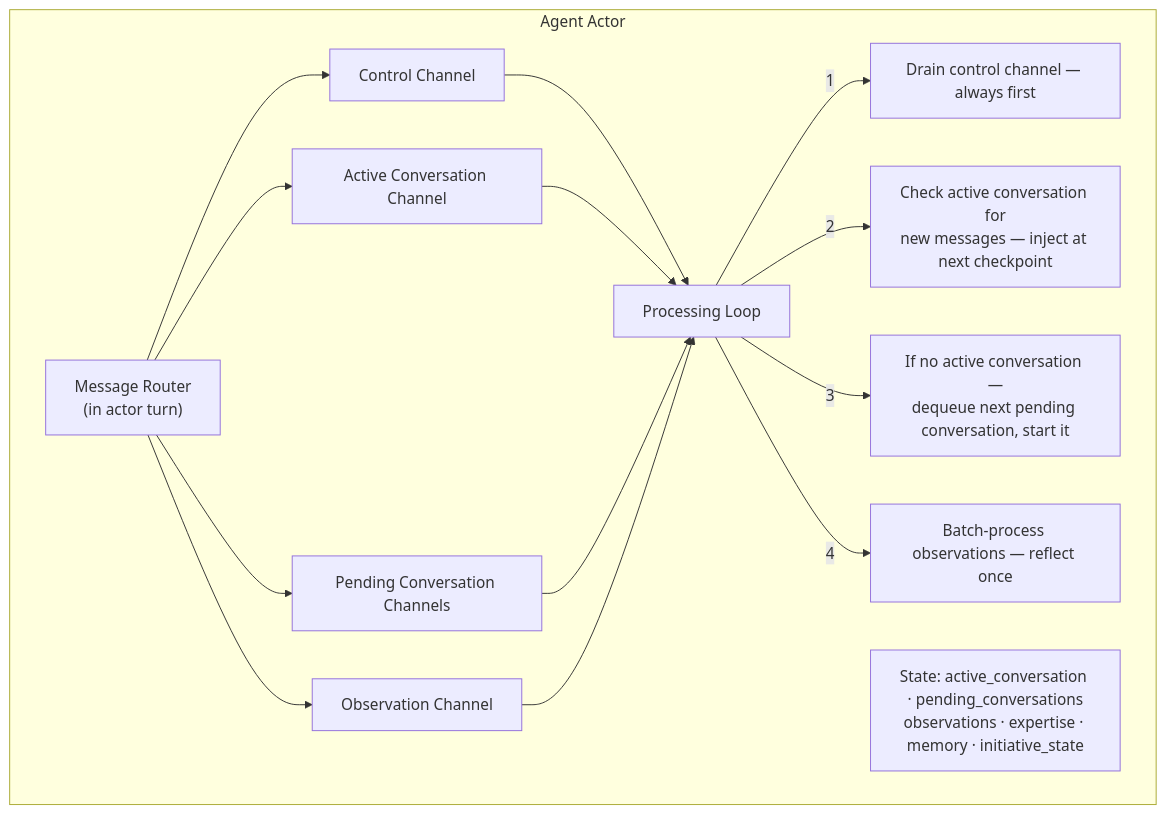
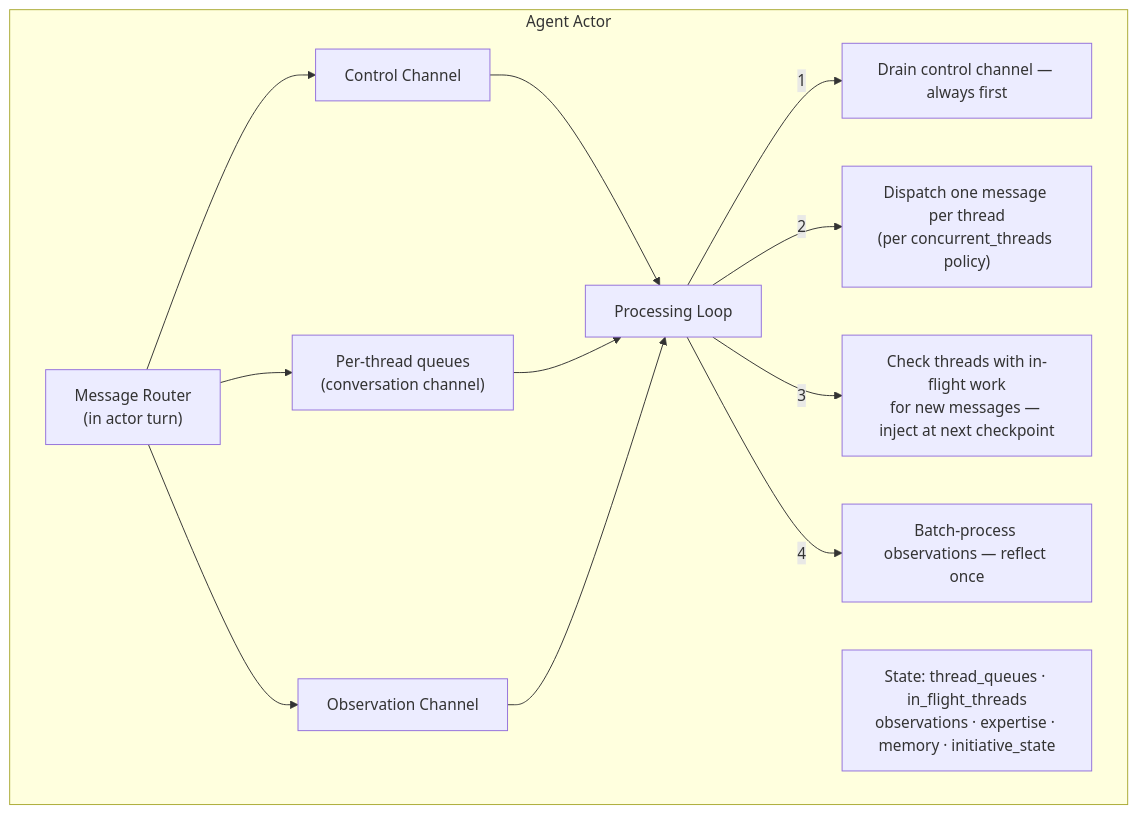
Before and after one commit to savasp/spring-voyage: the third of 5 diagrams in docs/architecture/messaging.md, drawn with Mermaid. The commit also changed other lines of this file and 3 other files, not shown here.

````diff
--- a/docs/architecture/messaging.md
+++ b/docs/architecture/messaging.md
@@ -48,19 +56,17 @@
 ```mermaid
 graph TD
     subgraph actor["Agent Actor"]
         router["Message Router<br/>(in actor turn)"]
         router --> cq["Control Channel"]
-        router --> active["Active Conversation Channel"]
-        router --> pending["Pending Conversation Channels"]
+        router --> threads["Per-thread queues<br/>(conversation channel)"]
         router --> oq["Observation Channel"]
         cq --> loop["Processing Loop"]
-        active --> loop
-        pending --> loop
+        threads --> loop
         oq --> loop
         loop --> |"1"| drain["Drain control channel — always first"]
-        loop --> |"2"| feedback["Check active conversation for<br/>new messages — inject at next checkpoint"]
-        loop --> |"3"| next["If no active conversation —<br/>dequeue next pending conversation, start it"]
+        loop --> |"2"| dispatch["Dispatch one message per thread<br/>(per concurrent_threads policy)"]
+        loop --> |"3"| inject["Check threads with in-flight work<br/>for new messages — inject at next checkpoint"]
         loop --> |"4"| batch["Batch-process observations — reflect once"]
-        state["State: active_conversation · pending_conversations<br/>observations · expertise · memory · initiative_state"]
+        state["State: thread_queues · in_flight_threads<br/>observations · expertise · memory · initiative_state"]
     end
 ```
````
